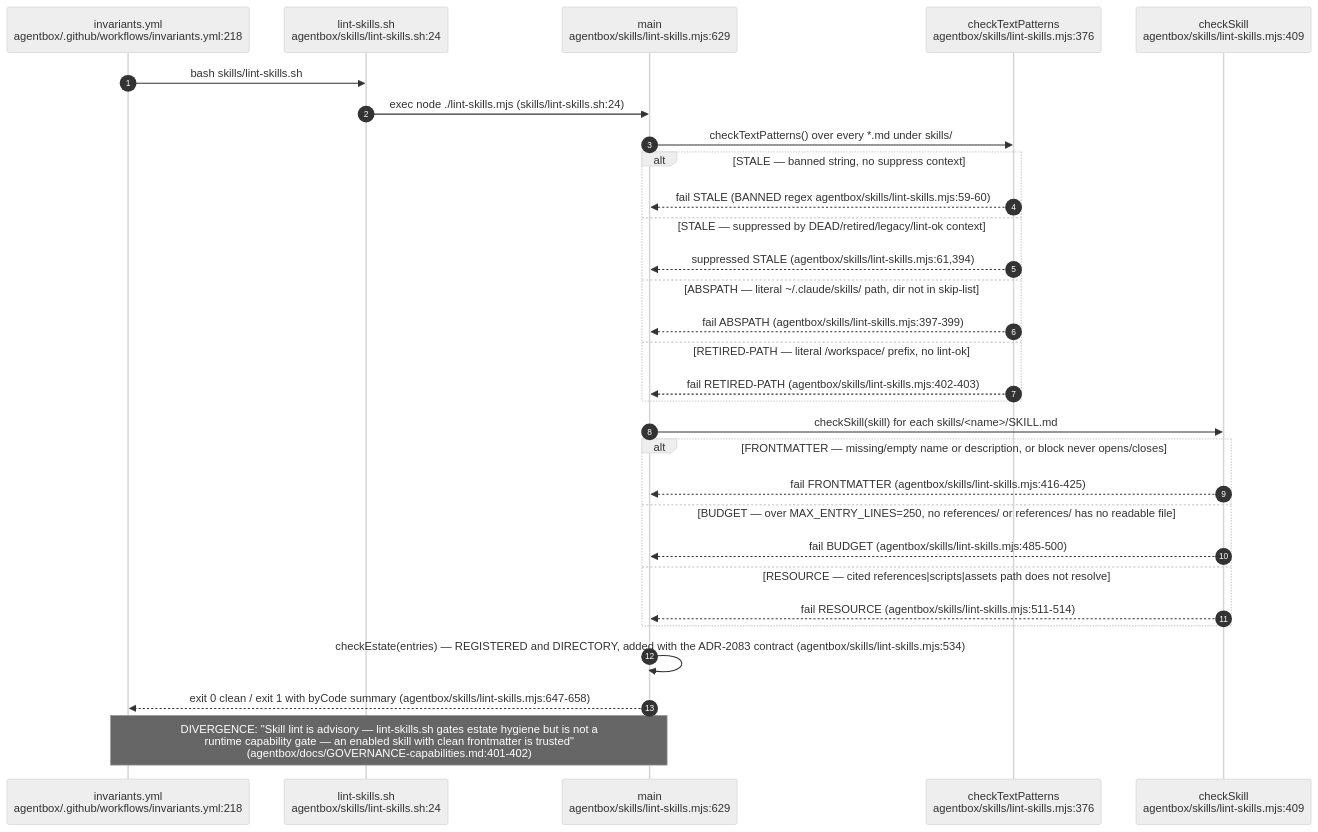
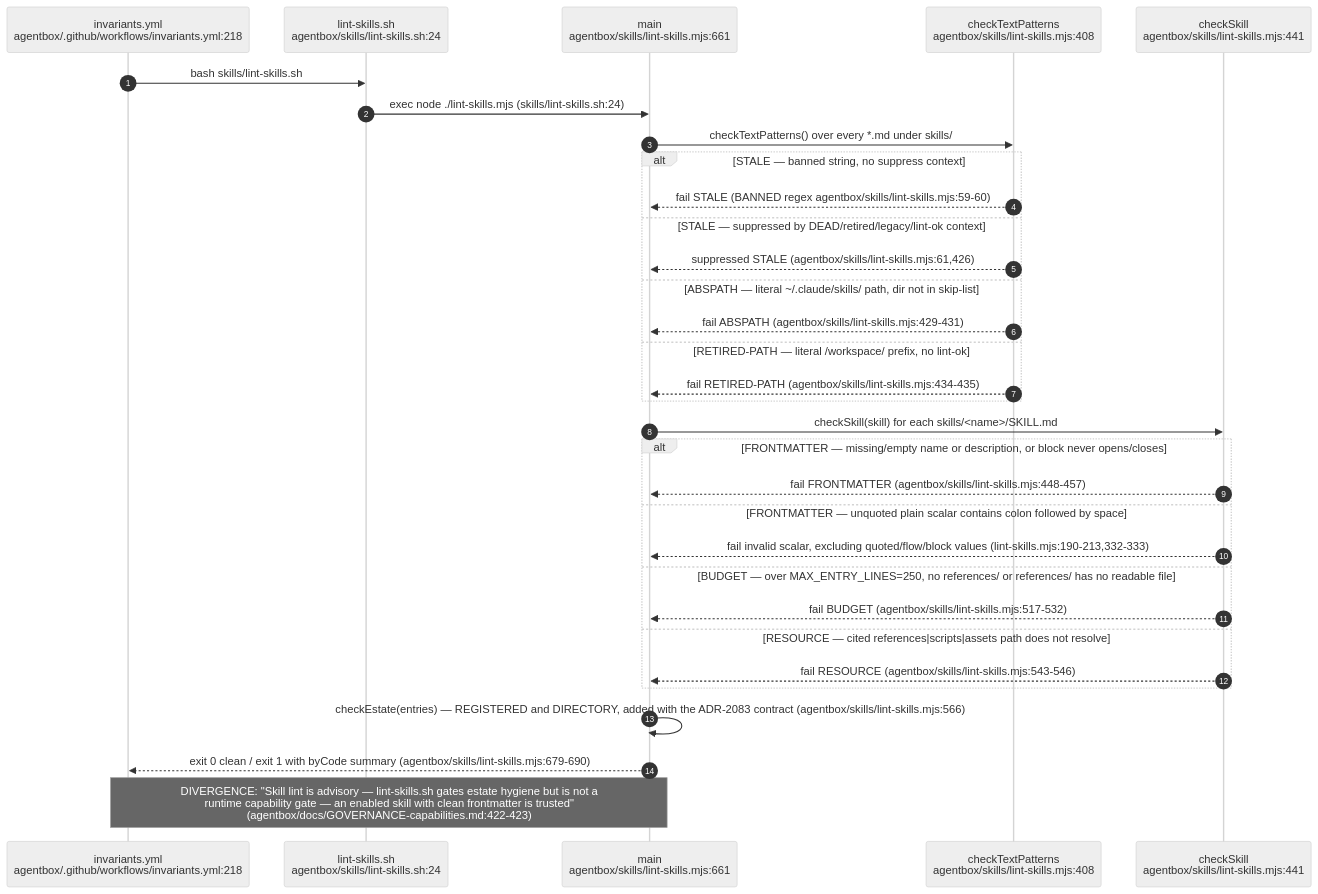
Before and after one commit to DreamLab-AI/VisionFlow: the third of 12 diagrams in docs/diagrams/agentbox/22-skills-and-routing.md, drawn with Mermaid (neutral theme). The commit also changed other lines of this file and 6 other files, not shown here.

````diff
--- a/docs/diagrams/agentbox/22-skills-and-routing.md
+++ b/docs/diagrams/agentbox/22-skills-and-routing.md
@@ -160,33 +160,35 @@
 ```mermaid
 sequenceDiagram
     autonumber
     participant CI as invariants.yml<br/>agentbox/.github/workflows/invariants.yml:218
     participant SH as lint-skills.sh<br/>agentbox/skills/lint-skills.sh:24
-    participant MJS as main<br/>agentbox/skills/lint-skills.mjs:629
-    participant TXT as checkTextPatterns<br/>agentbox/skills/lint-skills.mjs:376
-    participant SKC as checkSkill<br/>agentbox/skills/lint-skills.mjs:409
+    participant MJS as main<br/>agentbox/skills/lint-skills.mjs:661
+    participant TXT as checkTextPatterns<br/>agentbox/skills/lint-skills.mjs:408
+    participant SKC as checkSkill<br/>agentbox/skills/lint-skills.mjs:441
 
     CI->>SH: bash skills/lint-skills.sh
     SH->>MJS: exec node ./lint-skills.mjs (skills/lint-skills.sh:24)
     MJS->>TXT: checkTextPatterns() over every *.md under skills/
     alt STALE — banned string, no suppress context
         TXT-->>MJS: fail STALE (BANNED regex agentbox/skills/lint-skills.mjs:59-60)
     else STALE — suppressed by DEAD/retired/legacy/lint-ok context
-        TXT-->>MJS: suppressed STALE (agentbox/skills/lint-skills.mjs:61,394)
+        TXT-->>MJS: suppressed STALE (agentbox/skills/lint-skills.mjs:61,426)
     else ABSPATH — literal ~/.claude/skills/ path, dir not in skip-list
-        TXT-->>MJS: fail ABSPATH (agentbox/skills/lint-skills.mjs:397-399)
+        TXT-->>MJS: fail ABSPATH (agentbox/skills/lint-skills.mjs:429-431)
     else RETIRED-PATH — literal /workspace/ prefix, no lint-ok
-        TXT-->>MJS: fail RETIRED-PATH (agentbox/skills/lint-skills.mjs:402-403)
+        TXT-->>MJS: fail RETIRED-PATH (agentbox/skills/lint-skills.mjs:434-435)
     end
     MJS->>SKC: checkSkill(skill) for each skills/<name>/SKILL.md
     alt FRONTMATTER — missing/empty name or description, or block never opens/closes
-        SKC-->>MJS: fail FRONTMATTER (agentbox/skills/lint-skills.mjs:416-425)
+        SKC-->>MJS: fail FRONTMATTER (agentbox/skills/lint-skills.mjs:448-457)
+    else FRONTMATTER — unquoted plain scalar contains colon followed by space
+        SKC-->>MJS: fail invalid scalar, excluding quoted/flow/block values (lint-skills.mjs:190-213,332-333)
     else BUDGET — over MAX_ENTRY_LINES=250, no references/ or references/ has no readable file
-        SKC-->>MJS: fail BUDGET (agentbox/skills/lint-skills.mjs:485-500)
+        SKC-->>MJS: fail BUDGET (agentbox/skills/lint-skills.mjs:517-532)
     else RESOURCE — cited references|scripts|assets path does not resolve
-        SKC-->>MJS: fail RESOURCE (agentbox/skills/lint-skills.mjs:511-514)
+        SKC-->>MJS: fail RESOURCE (agentbox/skills/lint-skills.mjs:543-546)
     end
-    MJS->>MJS: checkEstate(entries) — REGISTERED and DIRECTORY, added with the ADR-2083 contract (agentbox/skills/lint-skills.mjs:534)
-    MJS-->>CI: exit 0 clean / exit 1 with byCode summary (agentbox/skills/lint-skills.mjs:647-658)
-    Note over MJS,CI: DIVERGENCE: "Skill lint is advisory — lint-skills.sh gates estate hygiene but is not a<br/>runtime capability gate — an enabled skill with clean frontmatter is trusted"<br/>(agentbox/docs/GOVERNANCE-capabilities.md:401-402)
+    MJS->>MJS: checkEstate(entries) — REGISTERED and DIRECTORY, added with the ADR-2083 contract (agentbox/skills/lint-skills.mjs:566)
+    MJS-->>CI: exit 0 clean / exit 1 with byCode summary (agentbox/skills/lint-skills.mjs:679-690)
+    Note over MJS,CI: DIVERGENCE: "Skill lint is advisory — lint-skills.sh gates estate hygiene but is not a<br/>runtime capability gate — an enabled skill with clean frontmatter is trusted"<br/>(agentbox/docs/GOVERNANCE-capabilities.md:422-423)
 ```
````
